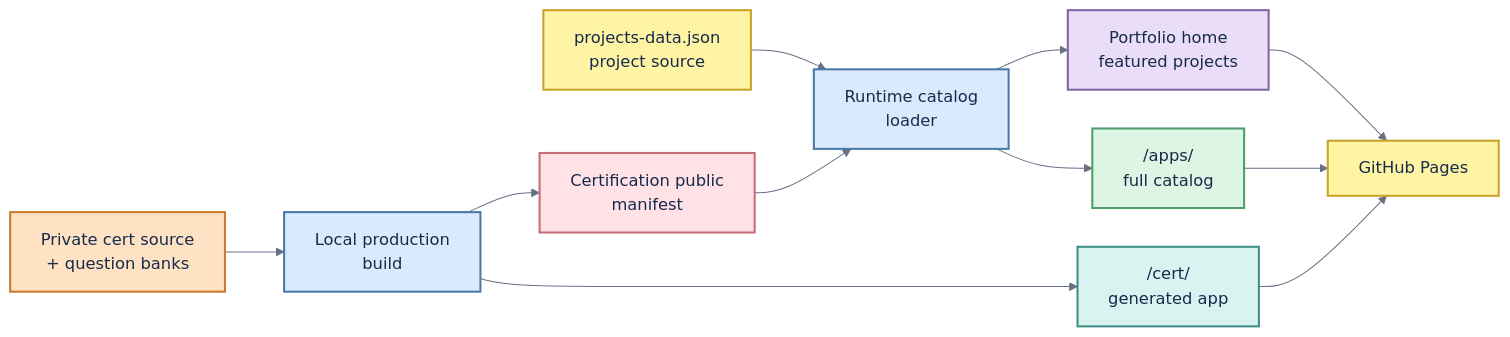
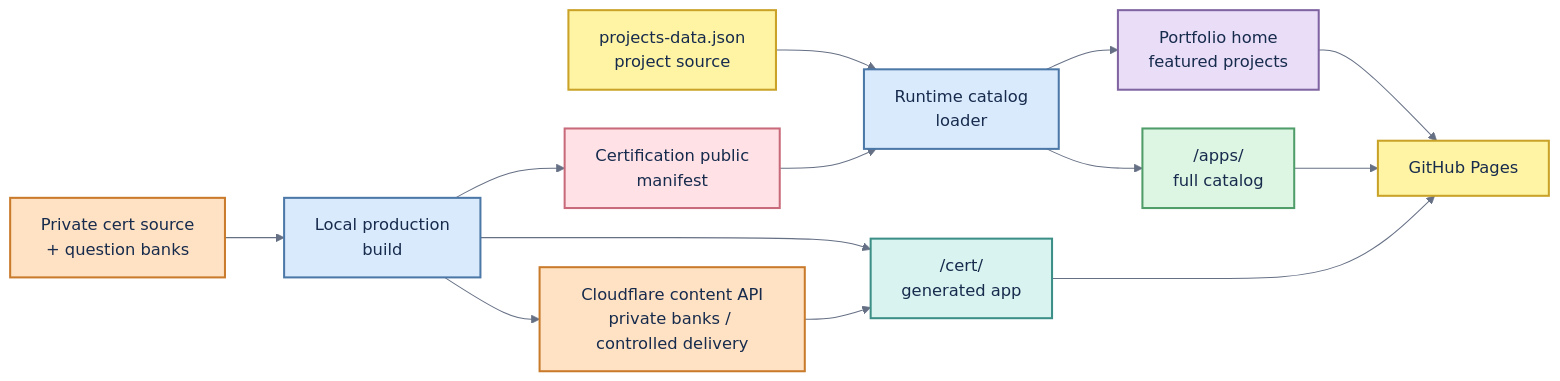
Before and after one commit to thangldw/thangldw.github.io: the diagram in README.md, drawn with Mermaid. The commit also changed other lines of this file and 1 other file, not shown here.

````diff
--- a/README.md
+++ b/README.md
@@ -7,21 +7,23 @@
 ```mermaid
 %%{init: {"theme":"base","flowchart":{"curve":"basis","nodeSpacing":38,"rankSpacing":58},"themeVariables":{"background":"#F7F7F5","fontFamily":"Inter, Arial, sans-serif","lineColor":"#667085","primaryTextColor":"#172B4D"}}}%%
 flowchart LR
     PJ["projects-data.json<br/>project source"]:::yellow --> PL["Runtime catalog<br/>loader"]:::blue
     CM["Certification public<br/>manifest"]:::pink --> PL
     PL --> H["Portfolio home<br/>featured projects"]:::purple
     PL --> A["/apps/<br/>full catalog"]:::green
     CS["Private cert source<br/>+ question banks"]:::orange --> CB["Local production<br/>build"]:::blue
     CB --> CA["/cert/<br/>generated app"]:::cyan
     CB --> CM
+    CB --> API["Cloudflare content API<br/>private banks / controlled delivery"]:::orange
+    API --> CA
     H --> GP["GitHub Pages"]:::yellow
     A --> GP
     CA --> GP
     classDef yellow fill:#FFF4A3,stroke:#C9A227,stroke-width:2px,color:#172B4D
     classDef blue fill:#D9EAFD,stroke:#4C78A8,stroke-width:2px,color:#172B4D
     classDef pink fill:#FFE1E6,stroke:#C96A7B,stroke-width:2px,color:#172B4D
     classDef purple fill:#E9DDF7,stroke:#8064A2,stroke-width:2px,color:#172B4D
     classDef green fill:#DDF5E3,stroke:#4F9D69,stroke-width:2px,color:#172B4D
     classDef orange fill:#FFE2C3,stroke:#C97A2B,stroke-width:2px,color:#172B4D
     classDef cyan fill:#D9F3F0,stroke:#3B8F87,stroke-width:2px,color:#172B4D
 ```
````
